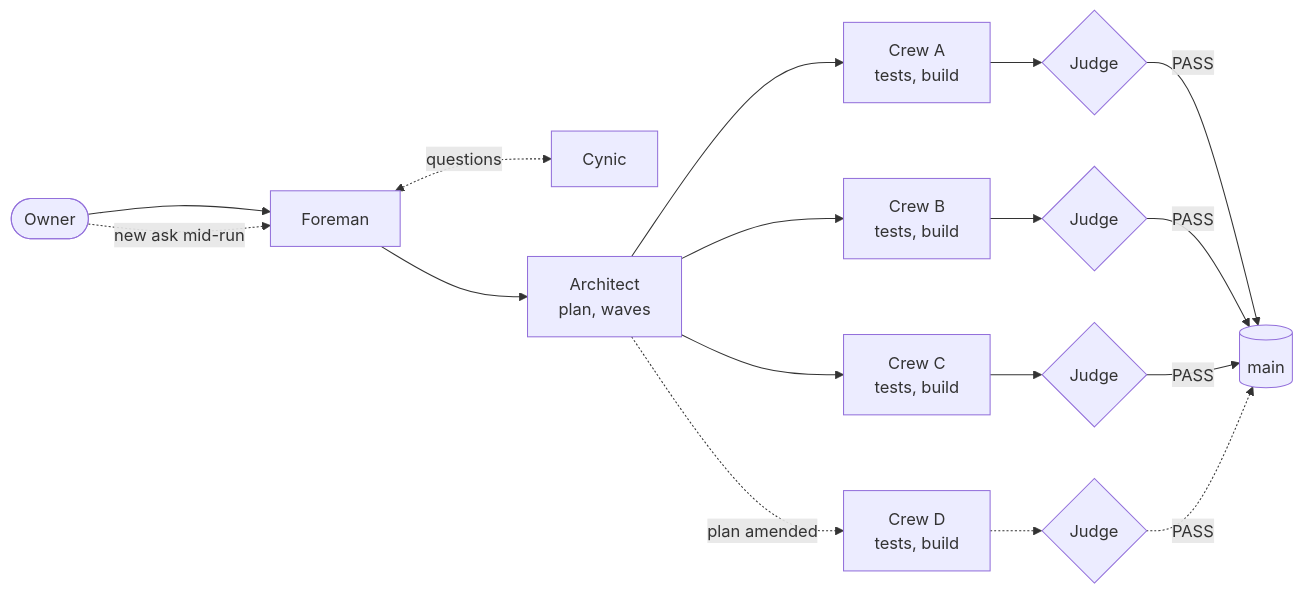
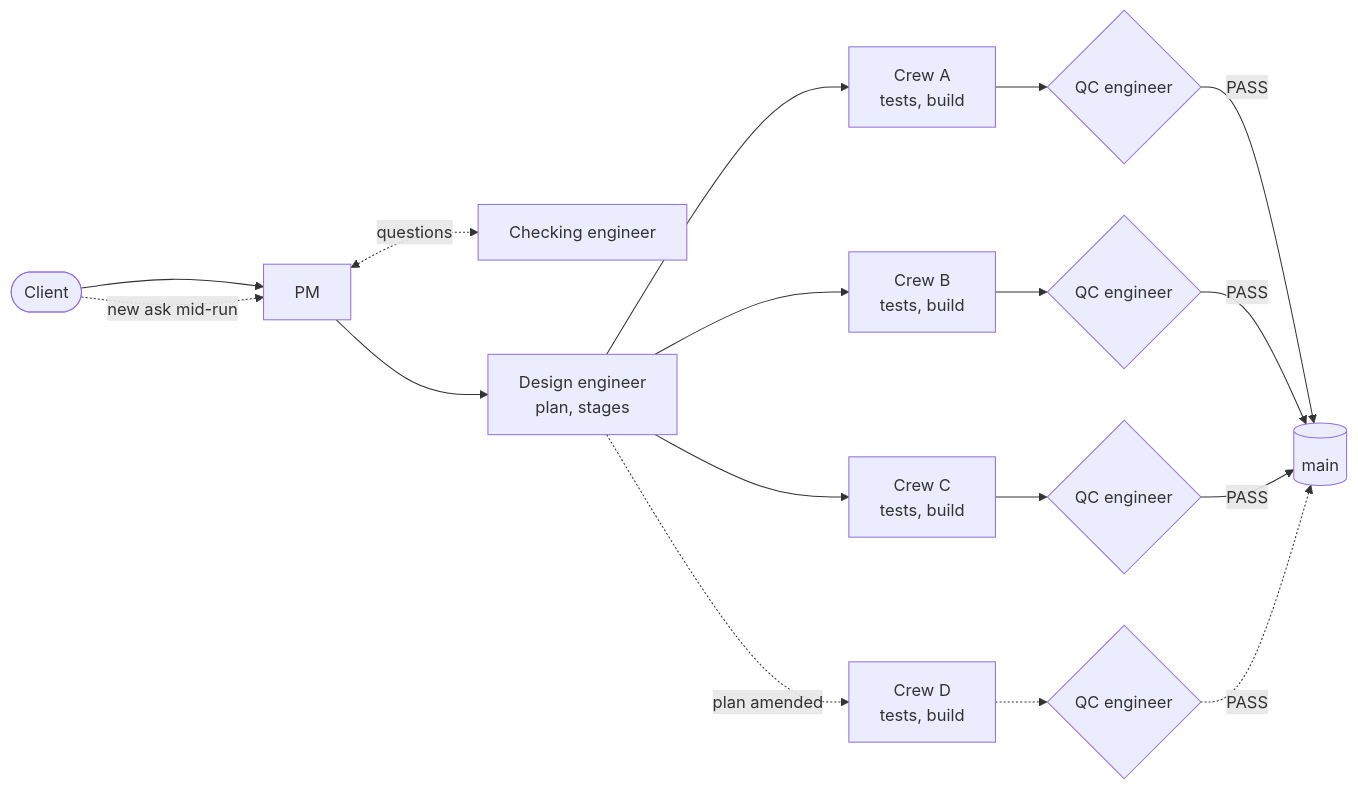
One commit to AbhiramDwivedi/truss changed the diagram in README.md. Above: the diagram before and after it, drawn with Mermaid. The commit also changed other lines of this file and 61 other files, not shown here.

````diff
--- a/README.md
+++ b/README.md
@@ -52,15 +58,15 @@
 ```mermaid
 flowchart LR
-  owner([Owner]) --> foreman[Foreman]
-  foreman <-.->|questions| cynic[Cynic]
-  foreman --> arch[Architect<br/>plan, waves]
-  arch --> a[Crew A<br/>tests, build] --> ja{Judge}
-  arch --> b[Crew B<br/>tests, build] --> jb{Judge}
-  arch --> c[Crew C<br/>tests, build] --> jc{Judge}
+  client([Client]) --> PM[PM]
+  PM <-.->|questions| checker[Checking engineer]
+  PM --> arch[Design engineer<br/>plan, stages]
+  arch --> a[Crew A<br/>tests, build] --> ja{QC engineer}
+  arch --> b[Crew B<br/>tests, build] --> jb{QC engineer}
+  arch --> c[Crew C<br/>tests, build] --> jc{QC engineer}
   ja -->|PASS| main[(main)]
   jb -->|PASS| main
   jc -->|PASS| main
-  owner -.->|new ask mid-run| foreman
+  client -.->|new ask mid-run| PM
   arch -.->|plan amended| d[Crew D<br/>tests, build]
-  d -.-> jd{Judge} -.->|PASS| main
+  d -.-> jd{QC engineer} -.->|PASS| main
 ```
````
